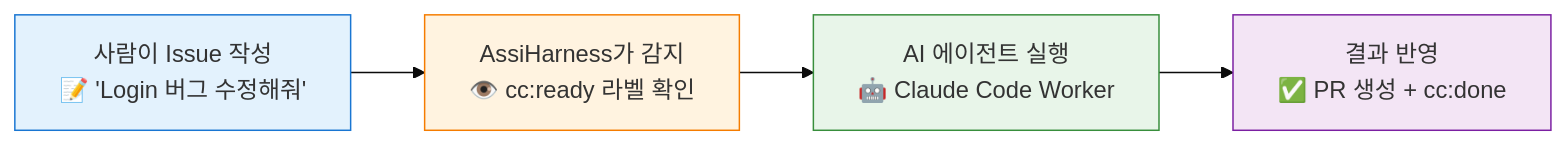
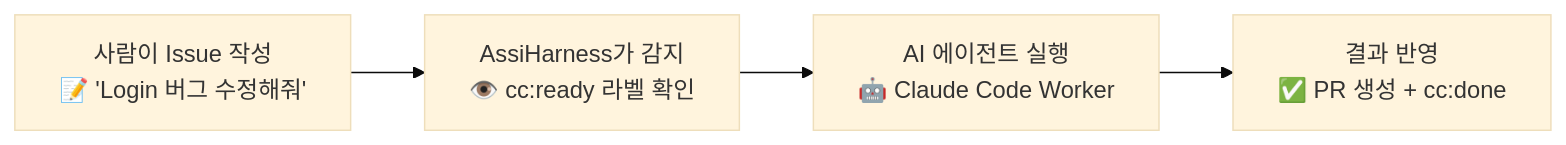
One commit to tykimos/assiharness changed the first of 17 diagrams in README.md. Above: the diagram before and after it, drawn with Mermaid (base theme). The commit also changed other lines of this file, not shown here.

First line of the commit message:
fix: remove Mermaid style overrides for light/dark theme compatibility

````diff
--- a/README.md
+++ b/README.md
@@ -9,15 +9,11 @@
 ```mermaid
 graph LR
     A["사람이 Issue 작성
     📝 'Login 버그 수정해줘'"] --> B["AssiHarness가 감지
     👁️ cc:ready 라벨 확인"]
     B --> C["AI 에이전트 실행
     🤖 Claude Code Worker"]
     C --> D["결과 반영
     ✅ PR 생성 + cc:done"]
 
-    style A fill:#E3F2FD,stroke:#1976D2
-    style B fill:#FFF3E0,stroke:#F57C00
-    style C fill:#E8F5E9,stroke:#388E3C
-    style D fill:#F3E5F5,stroke:#7B1FA2
 ```
````
